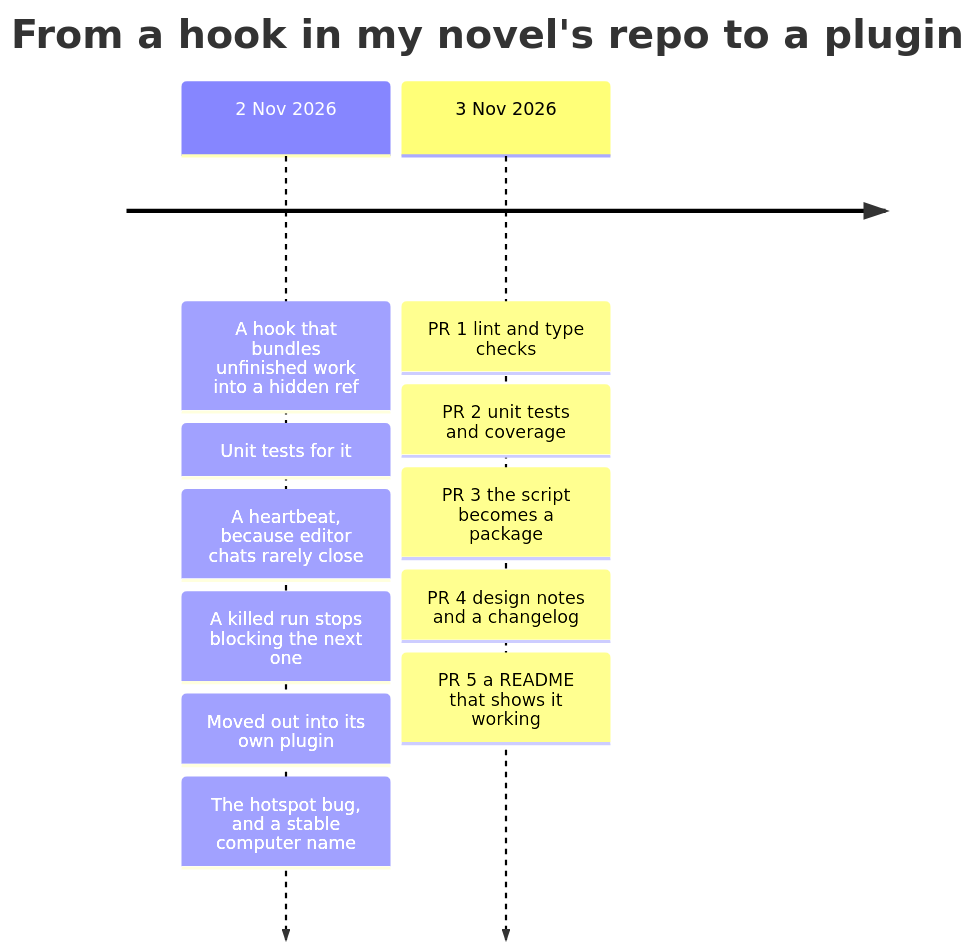
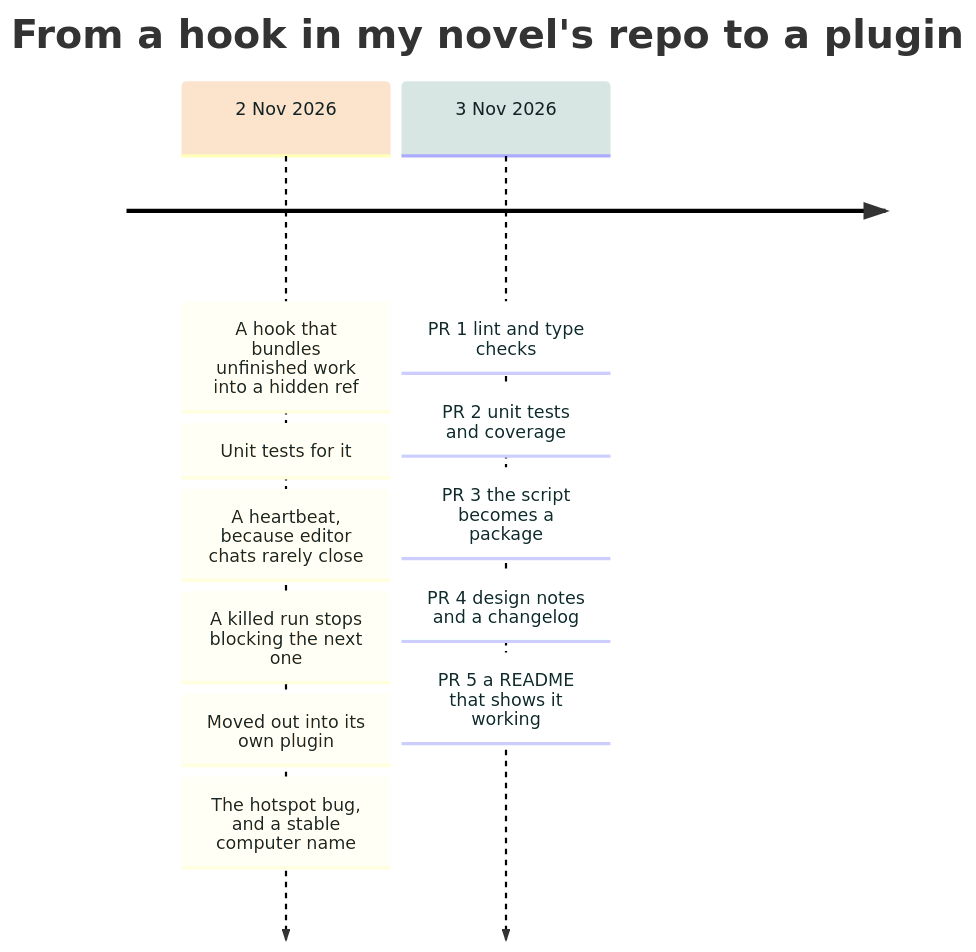
The first of 6 diagrams in docs/how-i-engineer.md (cthleung/worktree-handoff), drawn with Mermaid before and after one commit.

Commit message:
how I engineer: readable timeline colors

````diff
--- a/docs/how-i-engineer.md
+++ b/docs/how-i-engineer.md
@@ -13,15 +13,16 @@
 ```mermaid
+%%{init: {"themeVariables": {"cScale0": "#FBE3CC", "cScaleLabel0": "#122123", "cScale1": "#D7E6E3", "cScaleLabel1": "#122123"}}}%%
 timeline
     title From a hook in my novel's repo to a plugin
     2 Nov 2026 : A hook that bundles unfinished work into a hidden ref
                : Unit tests for it
                : A heartbeat, because editor chats rarely close
                : A killed run stops blocking the next one
                : Moved out into its own plugin
                : The hotspot bug, and a stable computer name
     3 Nov 2026 : PR 1 lint and type checks
                : PR 2 unit tests and coverage
                : PR 3 the script becomes a package
                : PR 4 design notes and a changelog
                : PR 5 a README that shows it working
 ```
````
